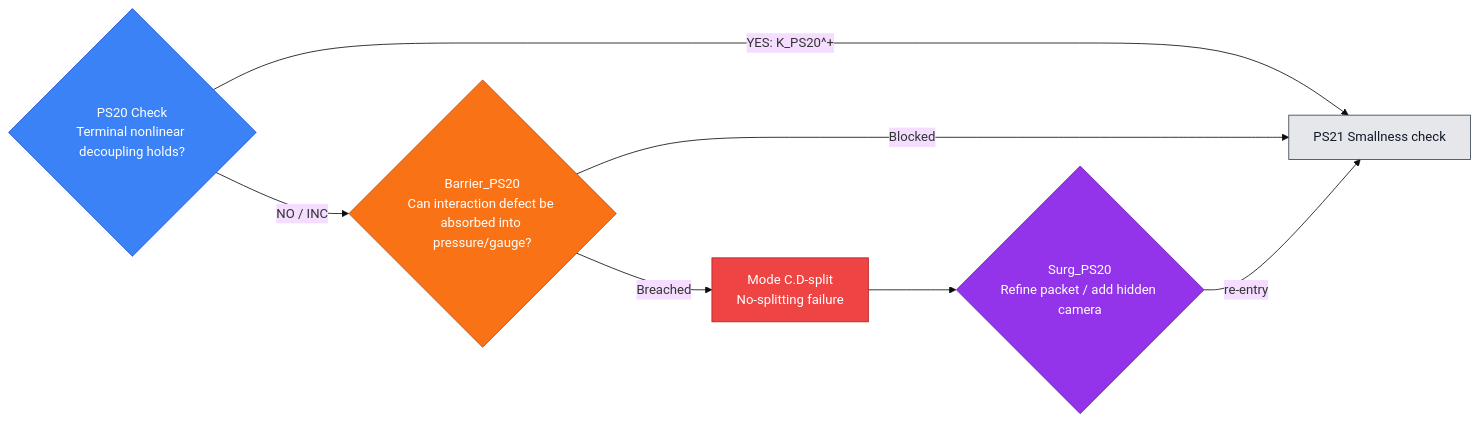
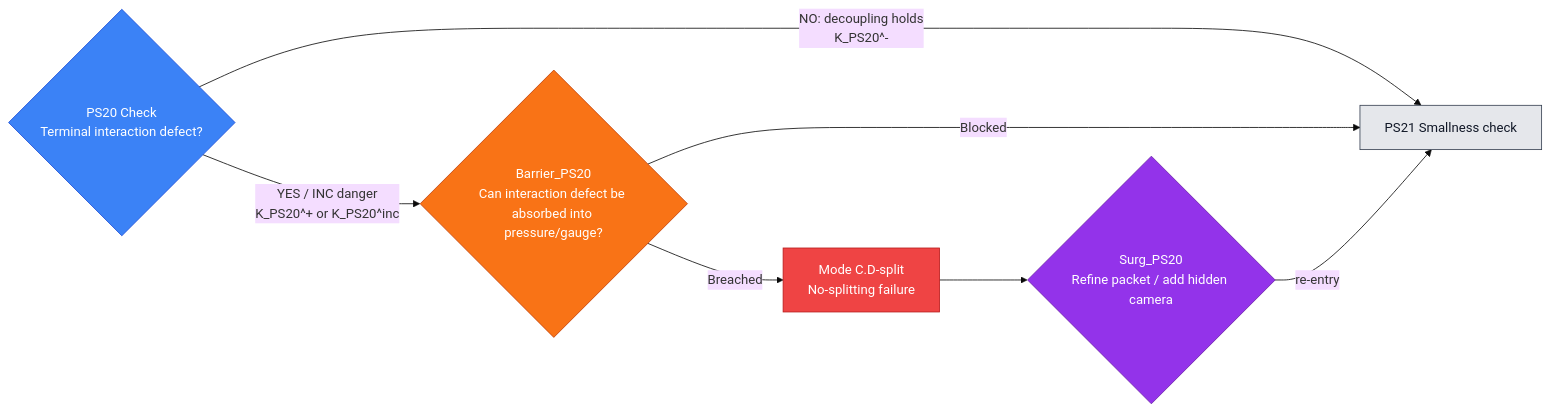
One commit to Guillemdb/hypostructure changed diagram 26 of 54 in docs/source/1_hypostructure_formalism/edits/new_sieve.md. Above: the diagram before and after it, drawn with Mermaid (base theme). The commit also changed other lines of this file, not shown here.

````diff
--- a/docs/source/1_hypostructure_formalism/edits/new_sieve.md
+++ b/docs/source/1_hypostructure_formalism/edits/new_sieve.md
@@ -2201,23 +2227,23 @@
 ```mermaid
 flowchart LR
-    C{"PS20 Check<br/>Terminal nonlinear decoupling holds?"}
-    C -- "YES: K_PS20^+" --> N["PS21 Smallness check"]
-    C -- "NO / INC" --> B{"Barrier_PS20<br/>Can interaction defect be absorbed into pressure/gauge?"}
+    C{"PS20 Check<br/>Terminal interaction defect?"}
+    C -- "NO: decoupling holds<br/>K_PS20^-" --> N["PS21 Smallness check"]
+    C -- "YES / INC danger<br/>K_PS20^+ or K_PS20^inc" --> B{"Barrier_PS20<br/>Can interaction defect be absorbed into pressure/gauge?"}
     B -- "Blocked" --> N
     B -- "Breached" --> M["Mode C.D-split<br/>No-splitting failure"]
     M --> S{"Surg_PS20<br/>Refine packet / add hidden camera"}
     S -- "re-entry" --> N
 
     classDef check fill:#3b82f6,stroke:#1d4ed8,color:#ffffff;
     classDef barrier fill:#f97316,stroke:#c2410c,color:#ffffff;
     classDef mode fill:#ef4444,stroke:#b91c1c,color:#ffffff;
     classDef surgery fill:#9333ea,stroke:#6b21a8,color:#ffffff;
     classDef next fill:#e5e7eb,stroke:#374151,color:#111827;
     classDef terminal fill:#fef3c7,stroke:#d97706,color:#111827;
 
     class C check;
     class B barrier;
     class M mode;
     class S surgery;
     class N next;
 ```
````
